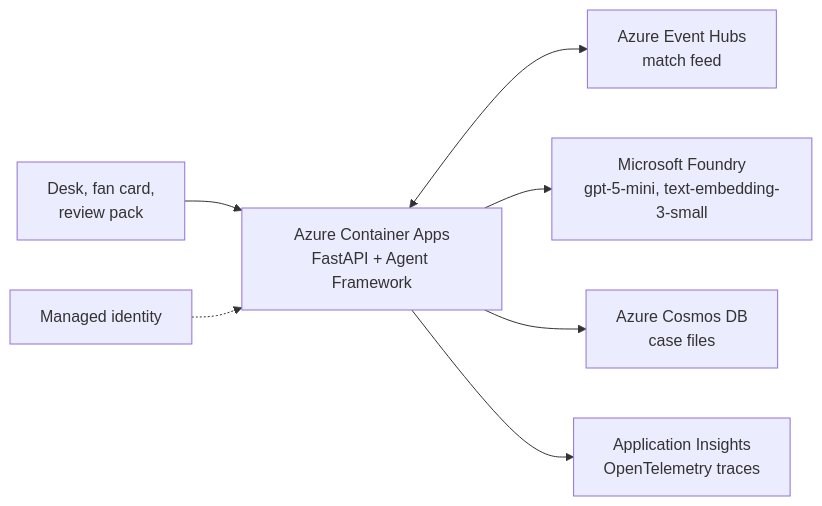
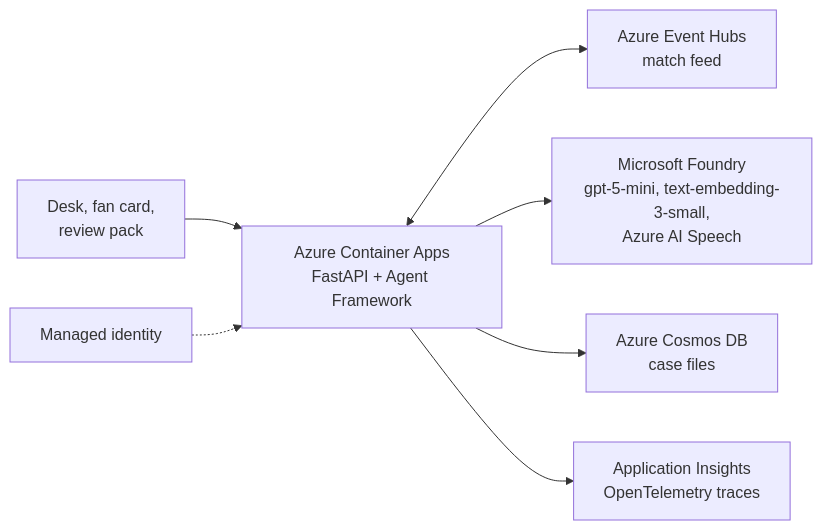
The second of 2 diagrams in README.md (N-45div/Ruling), drawn with Mermaid before and after one commit. The commit also changed other lines of this file and 1 other file, not shown here.

Commit message:
docs: Azure AI Speech in the README, and the announcement template change in the results

````diff
--- a/README.md
+++ b/README.md
@@ -121,9 +123,9 @@
 ```mermaid
 flowchart LR
   browser["Desk, fan card,<br/>review pack"] --> api["Azure Container Apps<br/>FastAPI + Agent Framework"]
   api <--> hub["Azure Event Hubs<br/>match feed"]
-  api --> foundry["Microsoft Foundry<br/>gpt-5-mini, text-embedding-3-small"]
+  api --> foundry["Microsoft Foundry<br/>gpt-5-mini, text-embedding-3-small,<br/>Azure AI Speech"]
   api --> cosmos["Azure Cosmos DB<br/>case files"]
   api --> insights["Application Insights<br/>OpenTelemetry traces"]
   identity["Managed identity"] -.-> api
 ```
````
